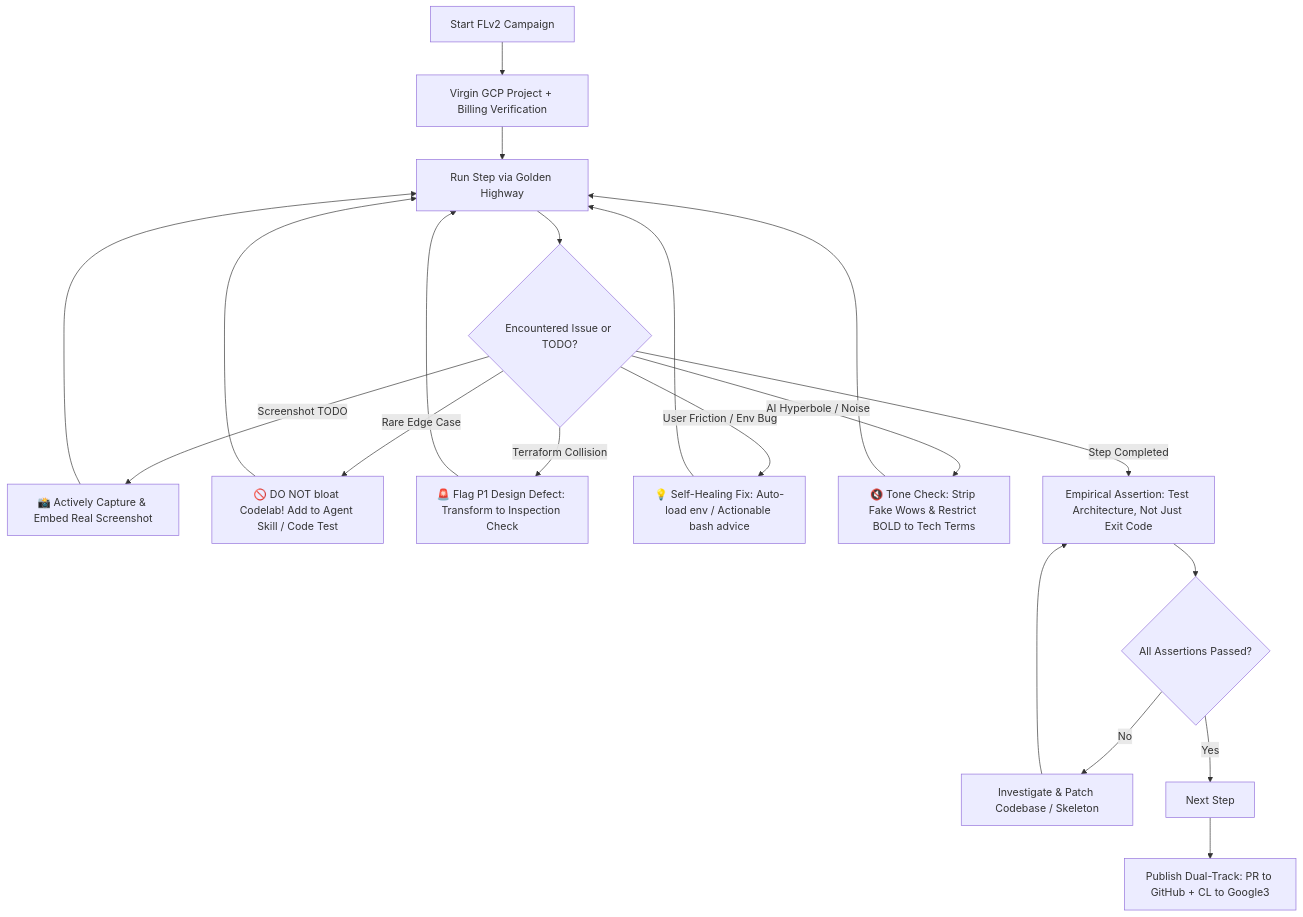
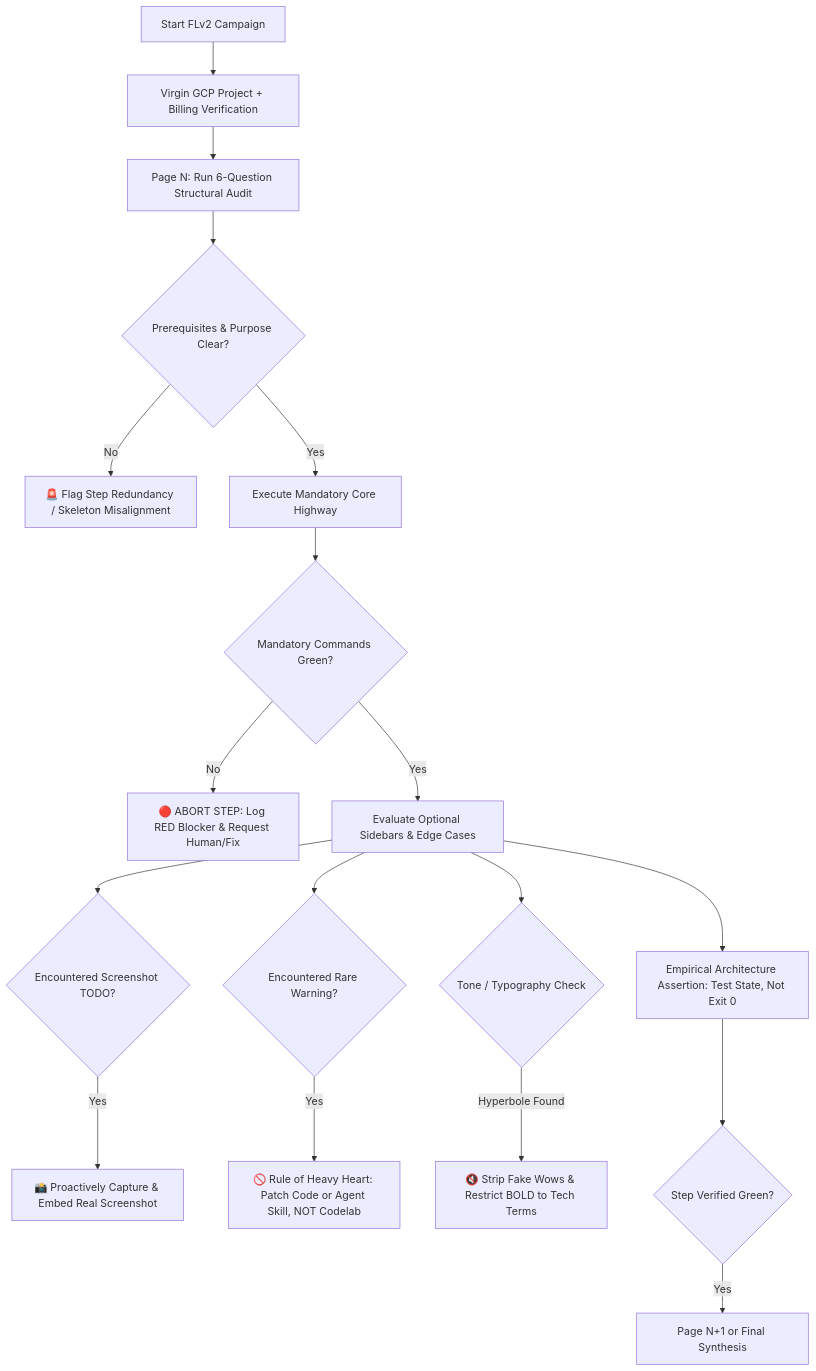
One commit to palladius/rails8-app-on-gcp changed the diagram in docs/investigations/20260923-fl100-lessons-learned.md. Above: the diagram before and after it, drawn with Mermaid. The commit also changed other lines of this file, not shown here.

Commit message:
docs(investigation): add Sin 8 (Structural Teleology & The 6-Question Step Audit)

````diff
--- a/docs/investigations/20260923-fl100-lessons-learned.md
+++ b/docs/investigations/20260923-fl100-lessons-learned.md
@@ -96,28 +115,25 @@
 ```mermaid
 flowchart TD
     A[Start FLv2 Campaign] --> B[Virgin GCP Project + Billing Verification]
-    B --> C[Run Step via Golden Highway]
-    C --> D{Encountered Issue or TODO?}
+    B --> C[Page N: Run 6-Question Structural Audit]
+    C --> D{Prerequisites & Purpose Clear?}
+    D -- No --> E[🚨 Flag Step Redundancy / Skeleton Misalignment]
     
-    D -- Screenshot TODO --> E[📸 Actively Capture & Embed Real Screenshot]
-    E --> C
+    D -- Yes --> F[Execute Mandatory Core Highway]
+    F --> G{Mandatory Commands Green?}
+    G -- No --> H[🔴 ABORT STEP: Log RED Blocker & Request Human/Fix]
     
-    D -- Rare Edge Case --> F[🚫 DO NOT bloat Codelab! Add to Agent Skill / Code Test]
-    F --> C
+    G -- Yes --> I[Evaluate Optional Sidebars & Edge Cases]
+    I --> J{Encountered Screenshot TODO?}
+    J -- Yes --> K[📸 Proactively Capture & Embed Real Screenshot]
     
-    D -- Terraform Collision --> G[🚨 Flag P1 Design Defect: Transform to Inspection Check]
-    G --> C
-
-    D -- User Friction / Env Bug --> H[💡 Self-Healing Fix: Auto-load env / Actionable bash advice]
-    H --> C
+    I --> L{Encountered Rare Warning?}
+    L -- Yes --> M[🚫 Rule of Heavy Heart: Patch Code or Agent Skill, NOT Codelab]
     
-    D -- AI Hyperbole / Noise --> I[🔇 Tone Check: Strip Fake Wows & Restrict BOLD to Tech Terms]
-    I --> C
+    I --> N{Tone / Typography Check}
+    N -- Hyperbole Found --> O[🔇 Strip Fake Wows & Restrict BOLD to Tech Terms]
     
-    D -- Step Completed --> J[Empirical Assertion: Test Architecture, Not Just Exit Code]
-    J --> K{All Assertions Passed?}
-    K -- No --> L[Investigate & Patch Codebase / Skeleton]
-    L --> J
-    K -- Yes --> M[Next Step]
-    M --> N[Publish Dual-Track: PR to GitHub + CL to Google3]
+    I --> P[Empirical Architecture Assertion: Test State, Not Exit 0]
+    P --> Q{Step Verified Green?}
+    Q -- Yes --> R[Page N+1 or Final Synthesis]
 ```
````
